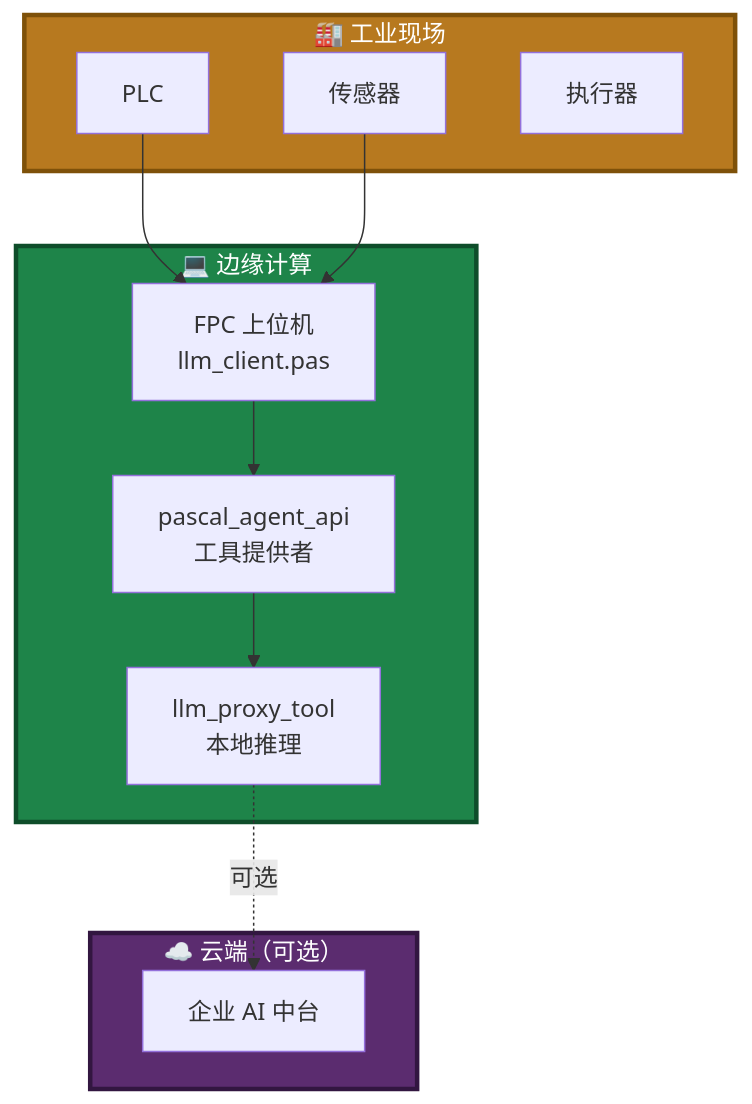
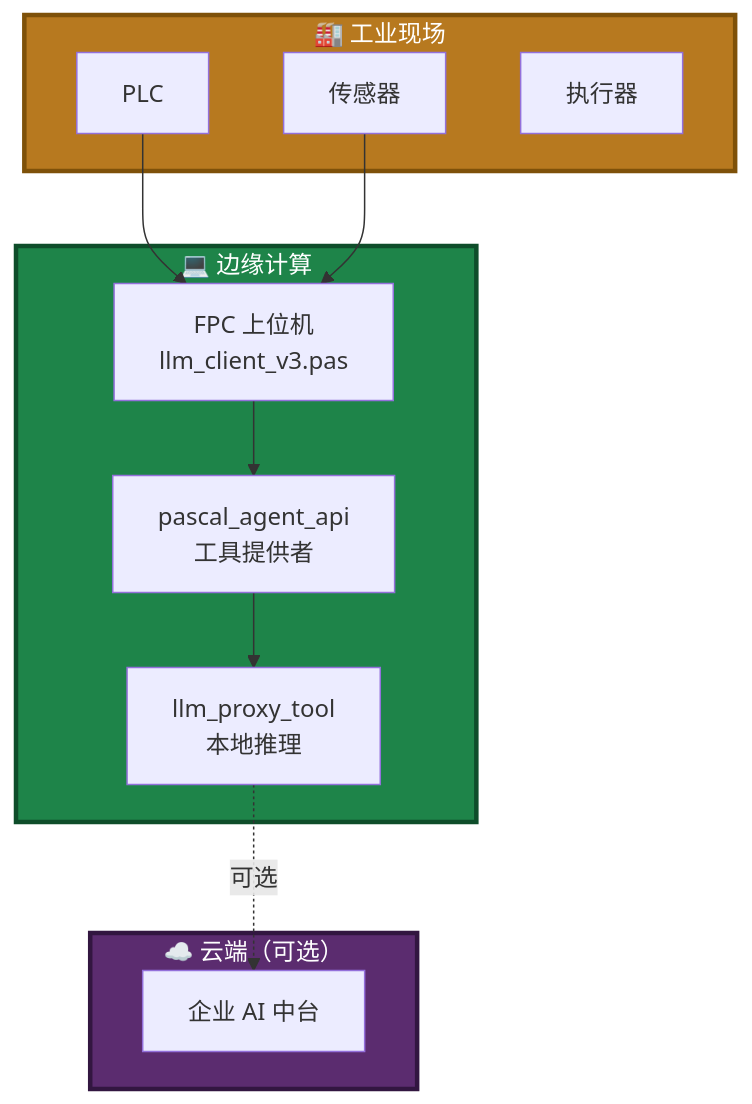
One commit to PassByYou888/LingoFuse-pasAgent-v3 changed diagram 11 of 12 in Pascal_Integration_Guide.md. Above: the diagram before and after it, drawn with Mermaid. The commit also changed other lines of this file, not shown here.

````diff
--- a/Pascal_Integration_Guide.md
+++ b/Pascal_Integration_Guide.md
@@ -1091,28 +1149,28 @@
 ```mermaid
 flowchart TB
     subgraph Field["🏭 工业现场"]
         P1["PLC"]
         P2["传感器"]
         P3["执行器"]
     end
 
     subgraph Edge["💻 边缘计算"]
-        E1["FPC 上位机<br/>llm_client.pas"]
+        E1["FPC 上位机<br/>llm_client_v3.pas"]
         E2["llm_proxy_tool<br/>本地推理"]
         E3["pascal_agent_api<br/>工具提供者"]
     end
 
     subgraph Cloud["☁️ 云端（可选）"]
         C1["企业 AI 中台"]
     end
 
     P1 --> E1
     P2 --> E1
     E1 --> E3
     E3 --> E2
     E2 -.->|"可选"| C1
 
     style Field fill:#B7791F,stroke:#7E5109,stroke-width:3px,color:#FFFFFF
     style Edge fill:#1E8449,stroke:#0E4D2A,stroke-width:3px,color:#FFFFFF
     style Cloud fill:#5B2C6F,stroke:#321640,stroke-width:3px,color:#FFFFFF
 ```
````
